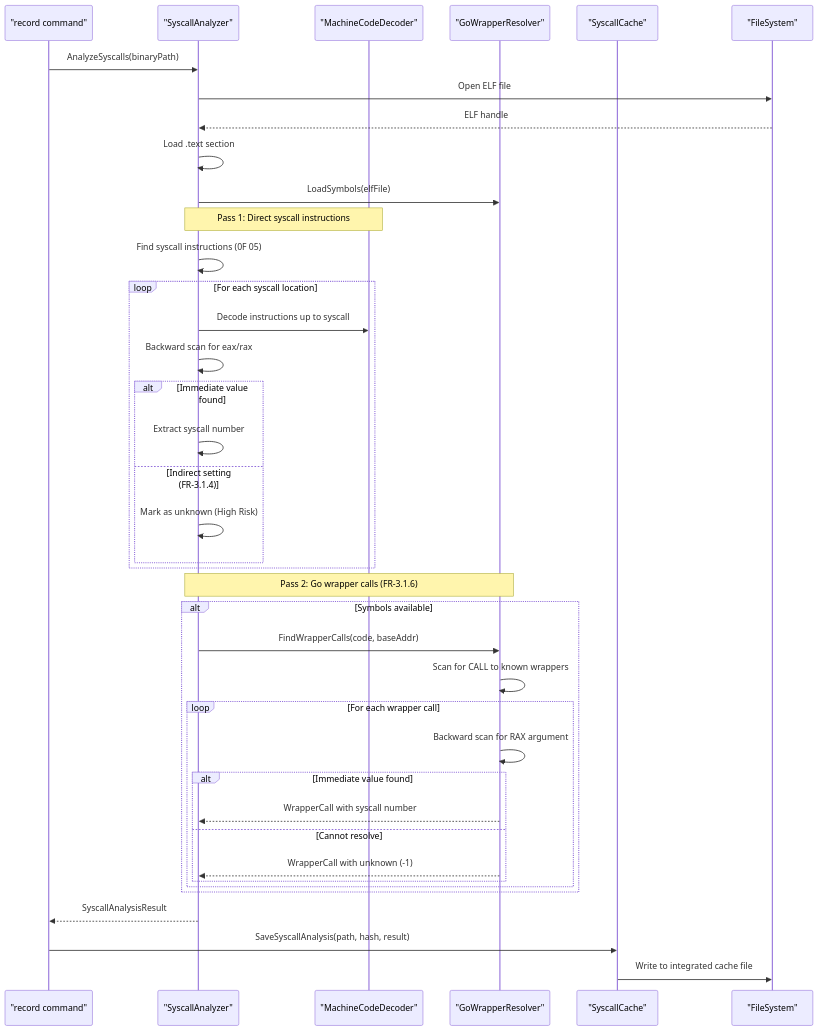
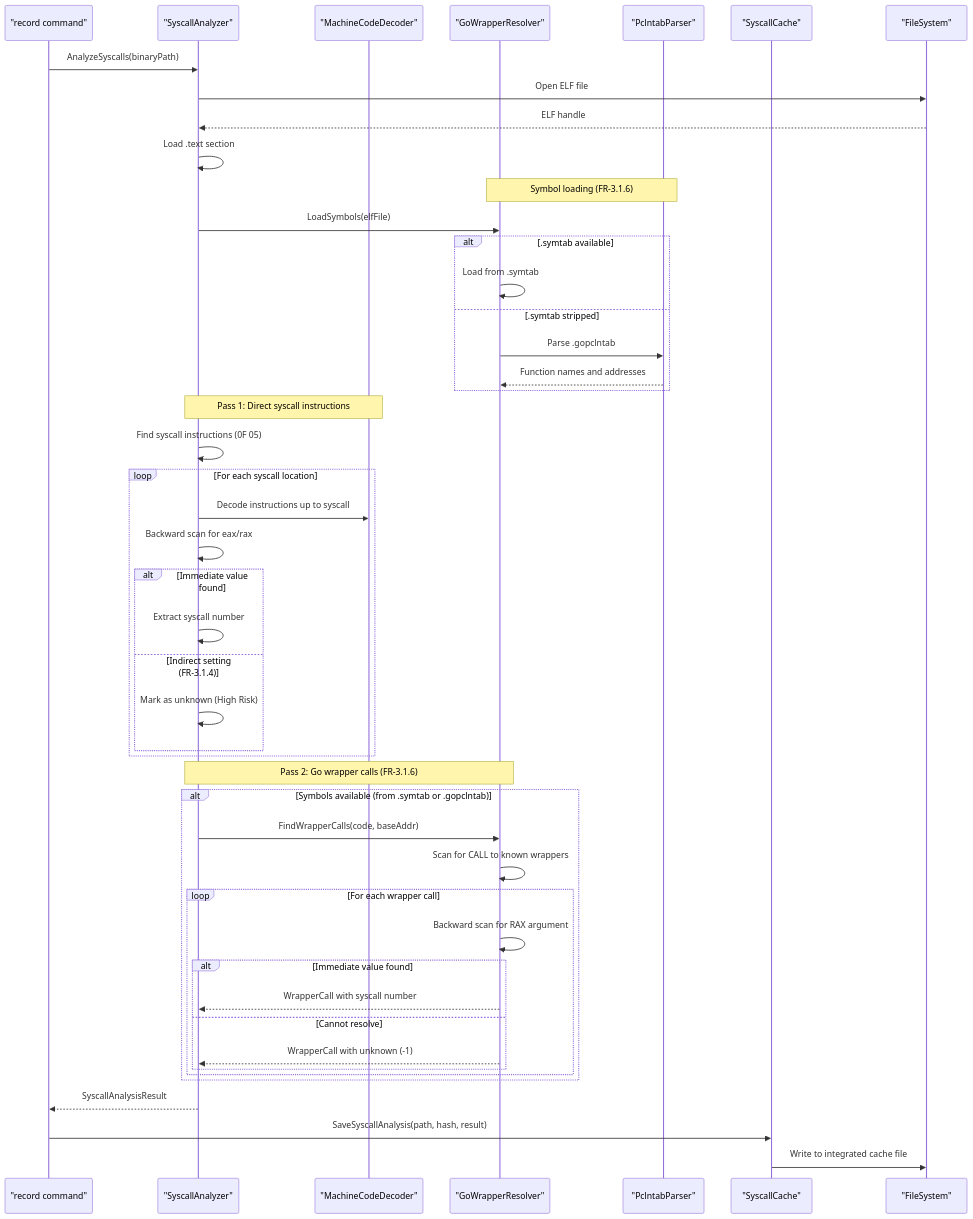
One commit to isseis/go-safe-cmd-runner changed the fifth of 18 diagrams in docs/tasks/0070_elf_syscall_analysis/02_architecture.md. Above: the diagram before and after it, drawn with Mermaid. The commit also changed other lines of this file and 3 other files, not shown here.

First line of the commit message:
docs: add pclntab maintenance guide and scaffold pclntab parser

````diff
--- a/docs/tasks/0070_elf_syscall_analysis/02_architecture.md
+++ b/docs/tasks/0070_elf_syscall_analysis/02_architecture.md
@@ -145,45 +147,54 @@
 ```mermaid
 sequenceDiagram
     participant RC as "record command"
     participant SA as "SyscallAnalyzer"
     participant MD as "MachineCodeDecoder"
     participant GW as "GoWrapperResolver"
+    participant PP as "PclntabParser"
     participant SC as "SyscallCache"
     participant FS as "FileSystem"
 
     RC->>SA: AnalyzeSyscalls(binaryPath)
     SA->>FS: Open ELF file
     FS-->>SA: ELF handle
     SA->>SA: Load .text section
+
+    Note over GW,PP: Symbol loading (FR-3.1.6)
     SA->>GW: LoadSymbols(elfFile)
+    alt .symtab available
+        GW->>GW: Load from .symtab
+    else .symtab stripped
+        GW->>PP: Parse .gopclntab
+        PP-->>GW: Function names and addresses
+    end
 
     Note over SA,MD: Pass 1: Direct syscall instructions
     SA->>SA: Find syscall instructions (0F 05)
     loop For each syscall location
         SA->>MD: Decode instructions up to syscall
         SA->>SA: Backward scan for eax/rax
         alt Immediate value found
             SA->>SA: Extract syscall number
         else Indirect setting (FR-3.1.4)
             SA->>SA: Mark as unknown (High Risk)
         end
     end
 
     Note over SA,GW: Pass 2: Go wrapper calls (FR-3.1.6)
-    alt Symbols available
+    alt Symbols available (from .symtab or .gopclntab)
         SA->>GW: FindWrapperCalls(code, baseAddr)
         GW->>GW: Scan for CALL to known wrappers
         loop For each wrapper call
             GW->>GW: Backward scan for RAX argument
             alt Immediate value found
                 GW-->>SA: WrapperCall with syscall number
             else Cannot resolve
                 GW-->>SA: WrapperCall with unknown (-1)
             end
         end
     end
 
     SA-->>RC: SyscallAnalysisResult
     RC->>SC: SaveSyscallAnalysis(path, hash, result)
     SC->>FS: Write to integrated cache file
 ```
````
